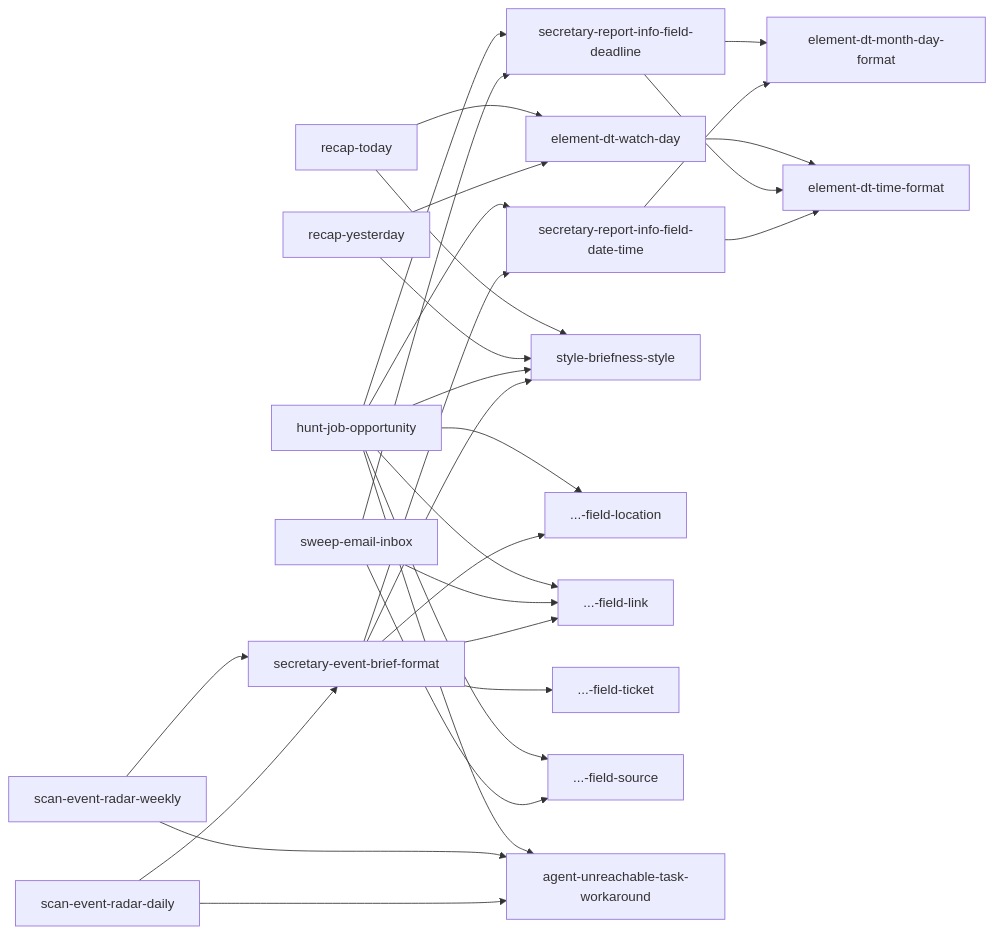
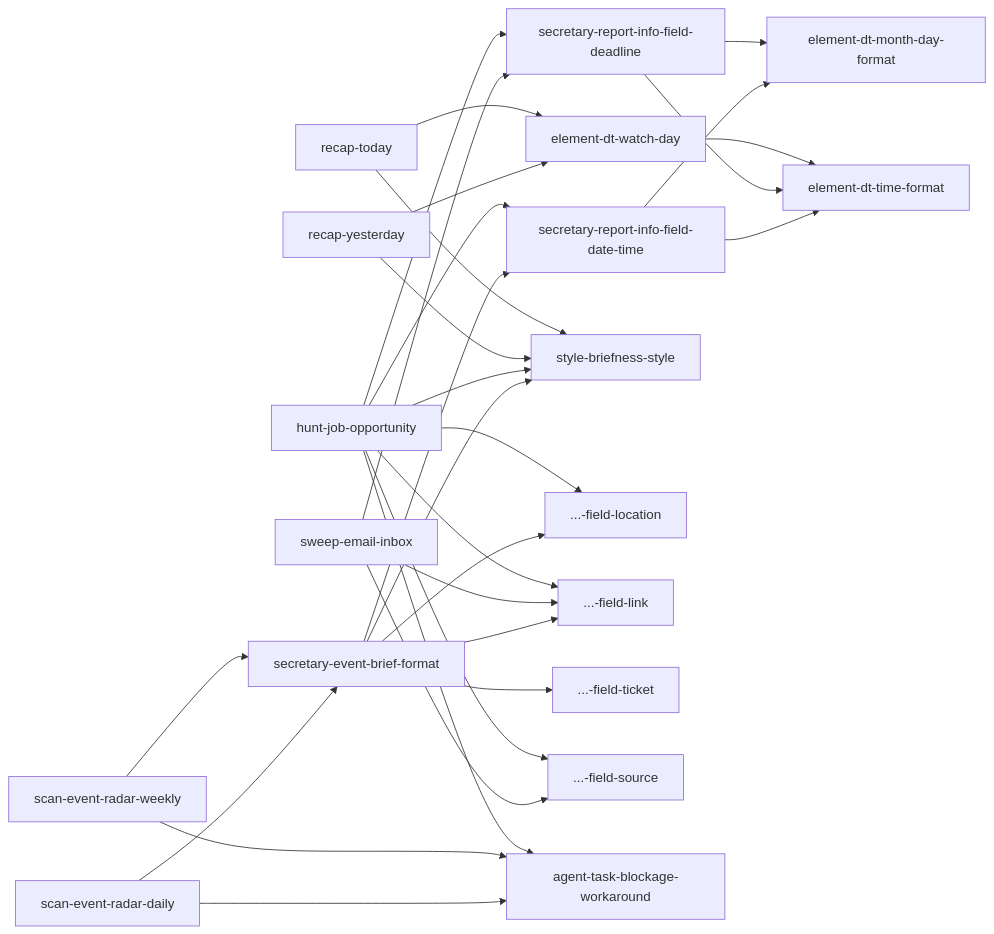
One commit to kami-lel/kaye-library changed the fifth of 10 diagrams in docs/blueprint-doc.md. Above: the diagram before and after it, drawn with Mermaid. The commit also changed 6 other files, not shown here.

First line of the commit message:
rename unreachable task workaround -> task blockage workaround

````diff
--- a/docs/blueprint-doc.md
+++ b/docs/blueprint-doc.md
@@ -152,31 +152,31 @@
 ```mermaid
 flowchart LR
     field_date_time["secretary-report-info-field-date-time"] --> element_dt_month_day_format["element-dt-month-day-format"]
     field_date_time --> element_dt_time_format["element-dt-time-format"]
     field_deadline["secretary-report-info-field-deadline"] --> element_dt_month_day_format
     field_deadline --> element_dt_time_format
     element_dt_watch_day["element-dt-watch-day"] --> element_dt_time_format
     secretary_event_brief_format["secretary-event-brief-format"] --> style_briefness_style["style-briefness-style"]
     secretary_event_brief_format --> field_date_time
     secretary_event_brief_format --> field_location["...-field-location"]
     secretary_event_brief_format --> field_link["...-field-link"]
     secretary_event_brief_format --> field_ticket["...-field-ticket"]
     sweep_email_inbox["sweep-email-inbox"] --> field_deadline
     sweep_email_inbox --> field_link
     sweep_email_inbox --> field_source["...-field-source"]
     scan_event_radar_daily["scan-event-radar-daily"] --> secretary_event_brief_format
     scan_event_radar_weekly["scan-event-radar-weekly"] --> secretary_event_brief_format
-    scan_event_radar_daily --> agent_unreachable_task_workaround["agent-unreachable-task-workaround"]
-    scan_event_radar_weekly --> agent_unreachable_task_workaround
-    hunt_job_opportunity["hunt-job-opportunity"] --> agent_unreachable_task_workaround
+    scan_event_radar_daily --> agent_task_blockage_workaround["agent-task-blockage-workaround"]
+    scan_event_radar_weekly --> agent_task_blockage_workaround
+    hunt_job_opportunity["hunt-job-opportunity"] --> agent_task_blockage_workaround
     hunt_job_opportunity --> style_briefness_style
     hunt_job_opportunity --> field_date_time
     hunt_job_opportunity --> field_deadline
     hunt_job_opportunity --> field_location
     hunt_job_opportunity --> field_link
     hunt_job_opportunity --> field_source
     recap_yesterday["recap-yesterday"] --> element_dt_watch_day
     recap_today["recap-today"] --> element_dt_watch_day
     recap_yesterday --> style_briefness_style
     recap_today --> style_briefness_style
 ```
````
